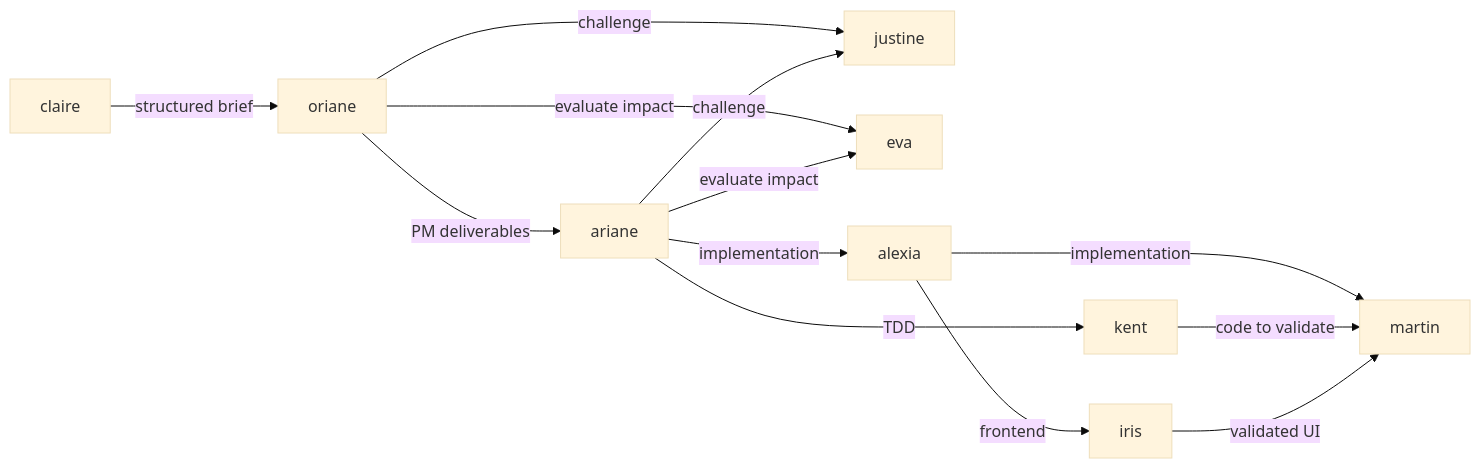
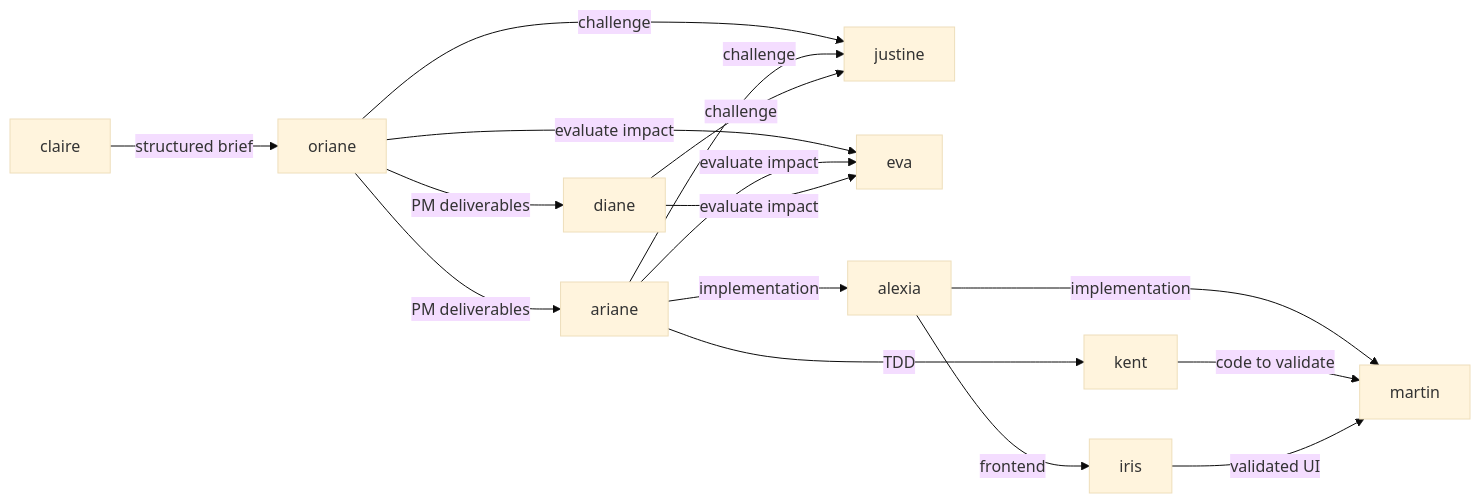
The diagram in aidd_docs/templates/aidd/agents_coordination.md (ai-driven-dev/framework), drawn with Mermaid (base theme) before and after one commit. The commit also changed other lines of this file and 58 other files, not shown here.

First line of the commit message:
feat: add new agents (diane, éva UX skills), restructure PM skills and architect workflows

````diff
--- a/aidd_docs/templates/aidd/agents_coordination.md
+++ b/aidd_docs/templates/aidd/agents_coordination.md
@@ -24,15 +25,18 @@
 ```mermaid
 graph LR
     claire -->|structured brief| oriane
     oriane -->|PM deliverables| ariane
+    oriane -->|PM deliverables| diane
     oriane -->|challenge| justine
     oriane -->|evaluate impact| eva
     ariane -->|challenge| justine
     ariane -->|evaluate impact| eva
+    diane -->|challenge| justine
+    diane -->|evaluate impact| eva
     ariane -->|implementation| alexia
     ariane -->|TDD| kent
     alexia -->|implementation| martin
     alexia -->|frontend| iris
     kent -->|code to validate| martin
     iris -->|validated UI| martin
 ```
````
